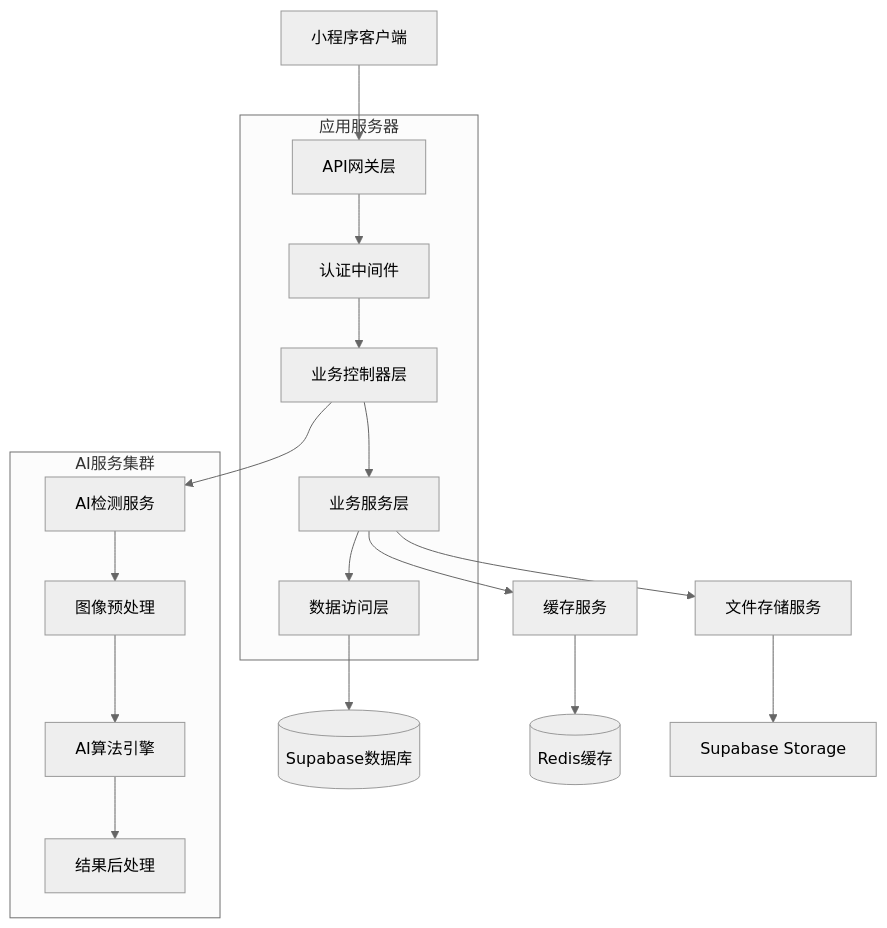
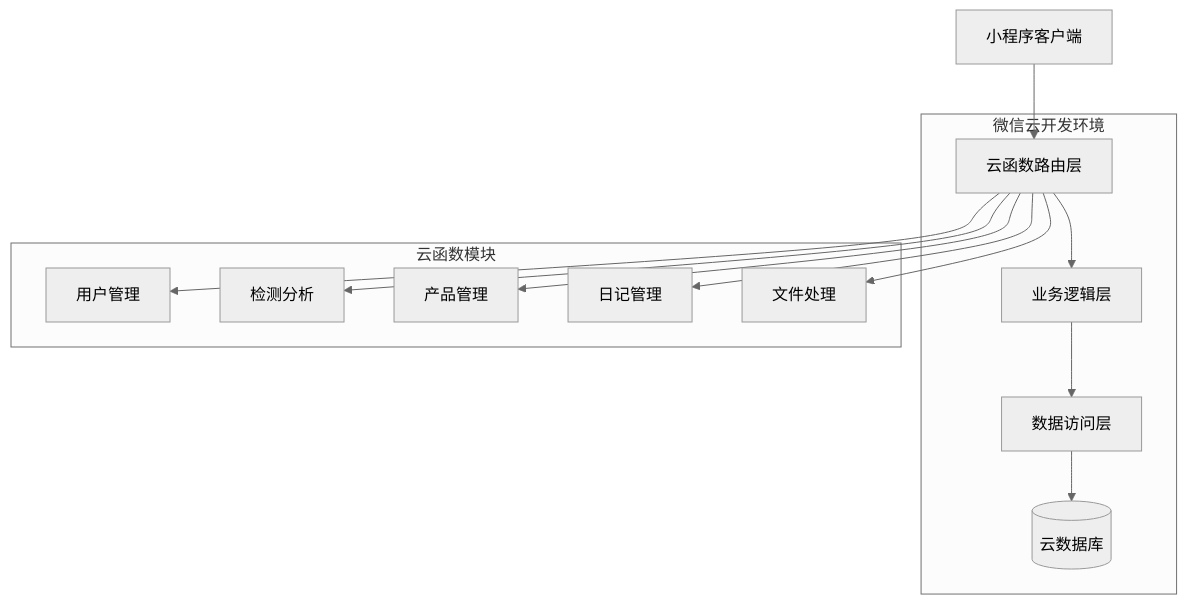
One commit to Psychic-k/Skin-care changed the second of 3 diagrams in .trae/documents/Skin-care护肤小程序技术架构文档.md. Above: the diagram before and after it, drawn with Mermaid (neutral theme). The commit also changed other lines of this file and 56 other files, not shown here.

````diff
--- a/.trae/documents/Skin-care护肤小程序技术架构文档.md
+++ b/.trae/documents/Skin-care护肤小程序技术架构文档.md
@@ -187,35 +198,28 @@
 ```mermaid
 graph TD
-    A[小程序客户端] --> B[API网关层]
-    B --> C[认证中间件]
-    C --> D[业务控制器层]
-    D --> E[业务服务层]
-    E --> F[数据访问层]
-    F --> G[(Supabase数据库)]
+    A[小程序客户端] --> B[云函数路由层]
+    B --> C[业务逻辑层]
+    C --> D[数据访问层]
+    D --> E[(云数据库)]
     
-    D --> H[AI检测服务]
-    H --> I[图像预处理]
-    I --> J[AI算法引擎]
-    J --> K[结果后处理]
-    
-    E --> L[缓存服务]
-    L --> M[(Redis缓存)]
-    
-    E --> N[文件存储服务]
-    N --> O[Supabase Storage]
-    
-    subgraph "应用服务器"
+    subgraph "微信云开发环境"
         B
         C
         D
         E
-        F
     end
     
-    subgraph "AI服务集群"
-        H
-        I
-        J
-        K
+    subgraph "云函数模块"
+        F[用户管理]
+        G[检测分析]
+        H[产品管理]
+        I[日记管理]
+        J[文件处理]
     end
+    
+    B --> F
+    B --> G
+    B --> H
+    B --> I
+    B --> J
 ```
````
